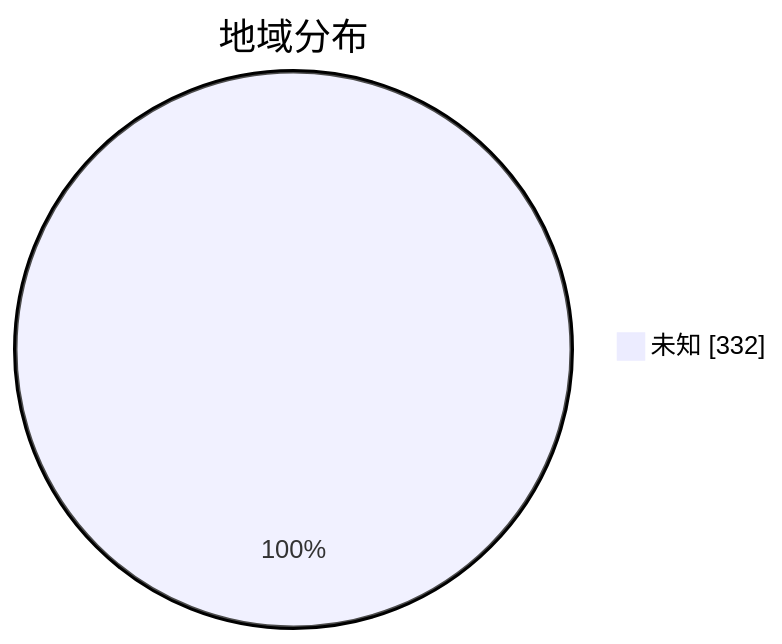
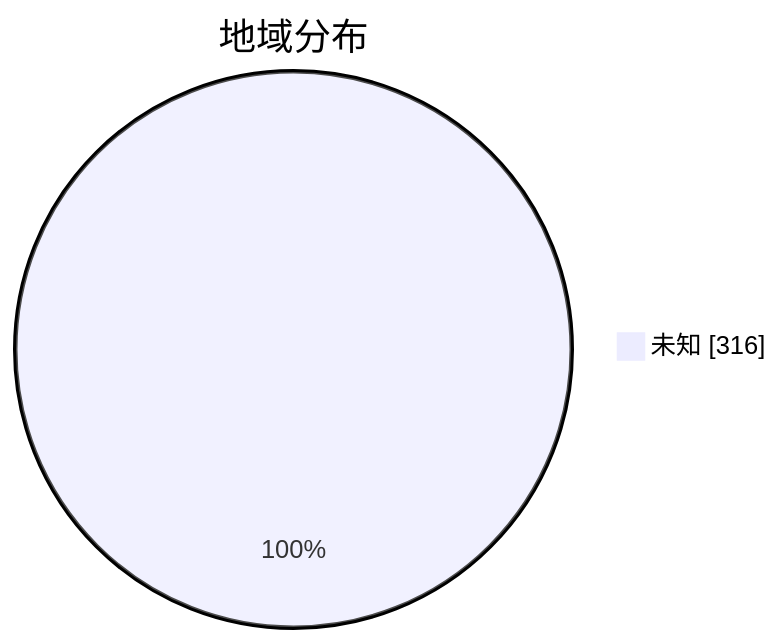
The second of 3 diagrams in subs/statistics/tested_within.md (qjlxg/airport), drawn with Mermaid before and after one commit. The commit also changed other lines of this file and 2 other files, not shown here.

````diff
--- a/subs/statistics/tested_within.md
+++ b/subs/statistics/tested_within.md
@@ -14,5 +13,5 @@
 ```mermaid
 pie showData
 title 地域分布
-"未知" : 332
+"未知" : 316
 ```
````
